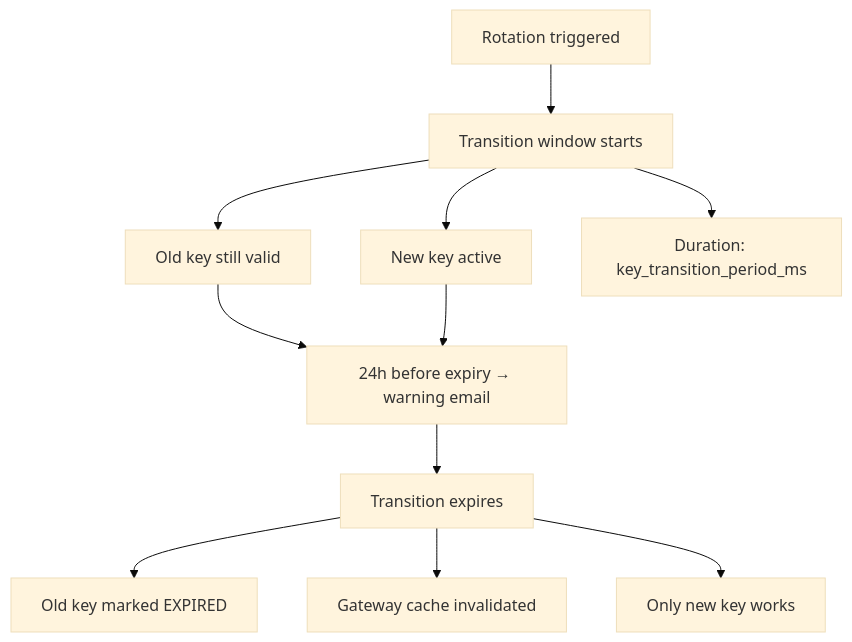
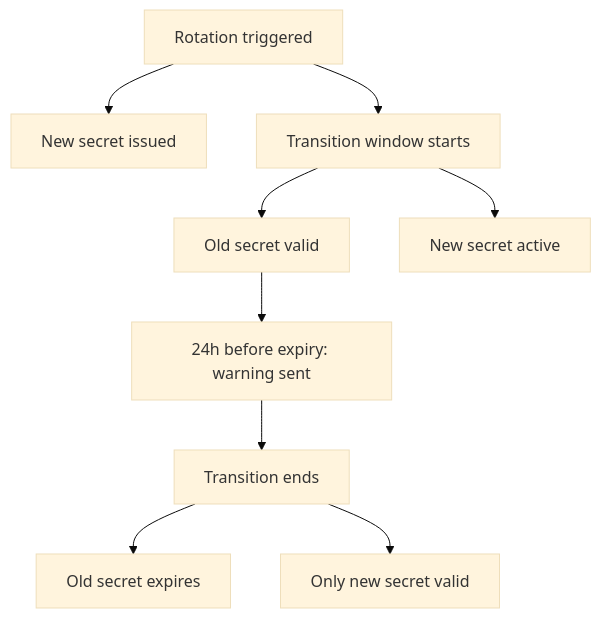
Before and after one commit to Portkey-AI/docs-core: the diagram in product/enterprise-offering/org-management/api-key-rotation.mdx, drawn with Mermaid (base theme). The commit also changed other lines of this file, not shown here.

````diff
--- a/product/enterprise-offering/org-management/api-key-rotation.mdx
+++ b/product/enterprise-offering/org-management/api-key-rotation.mdx
@@ -124,13 +63,11 @@
 ```mermaid
 flowchart TD
-    A[Rotation triggered] --> B[Transition window starts]
-    B --> D[Old key still valid]
-    B --> E[New key active]
-    B --> F["Duration: key_transition_period_ms"]
-    D --> G[24h before expiry → warning email]
-    E --> G
-    G --> H[Transition expires]
-    H --> I[Old key marked EXPIRED]
-    H --> J[Gateway cache invalidated]
-    H --> K[Only new key works]
+    A[Rotation triggered] --> B[New secret issued]
+    A --> C[Transition window starts]
+    C --> D[Old secret valid]
+    C --> E[New secret active]
+    D --> G[24h before expiry: warning sent]
+    G --> H[Transition ends]
+    H --> I[Old secret expires]
+    H --> J[Only new secret valid]
 ```
````
